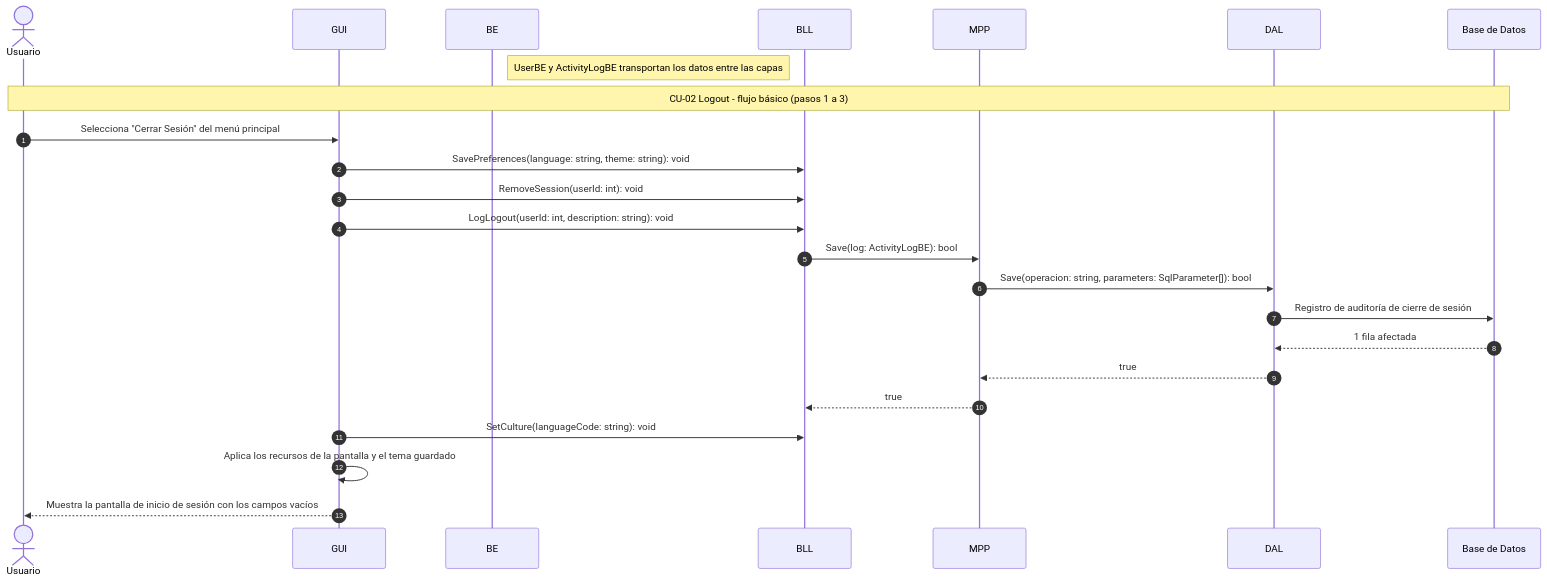
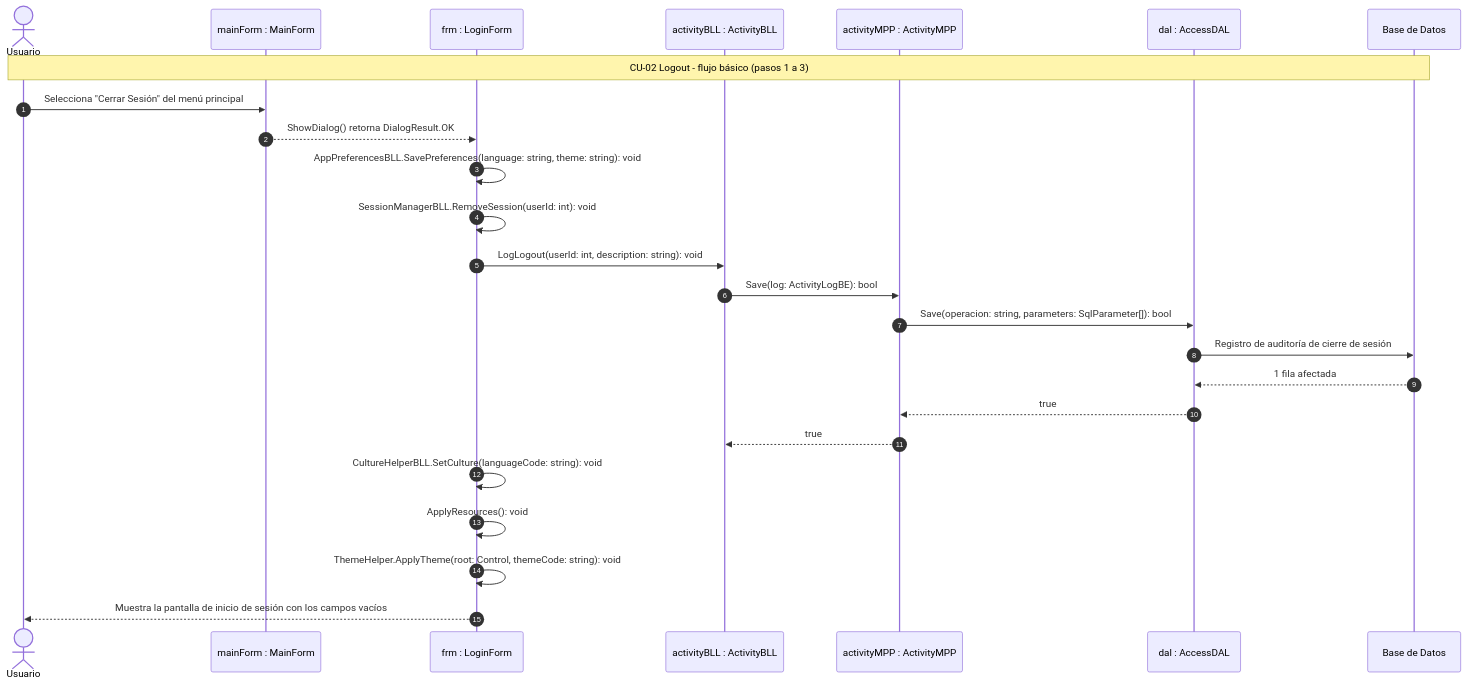
One commit to DarioZubaray/Proyecto-Final changed the diagram in docs/mermaid-live/6. diagramas-cu-login-logout/6.2.8.secuencia-logout.mmd. Above: the diagram before and after it, drawn with Mermaid. The commit also changed 15 other files, not shown here.

Commit message:
phase 3 batch S5: real-instance sequence diagrams for login, logout and register CUs

```diff
--- a/docs/mermaid-live/6. diagramas-cu-login-logout/6.2.8.secuencia-logout.mmd
+++ b/docs/mermaid-live/6. diagramas-cu-login-logout/6.2.8.secuencia-logout.mmd
@@ -1,26 +1,27 @@
 sequenceDiagram
     autonumber
     actor Usuario
-    participant GUI as GUI
-    participant BE as BE
-    participant BLL as BLL
-    participant MPP as MPP
-    participant DAL as DAL
-    participant BD as Base de Datos
+    participant mainForm as mainForm : MainForm
+    participant frm as frm : LoginForm
+    participant activityBLL as activityBLL : ActivityBLL
+    participant activityMPP as activityMPP : ActivityMPP
+    participant dal as dal : AccessDAL
+    participant bd as Base de Datos
 
-    Note right of BE: UserBE y ActivityLogBE transportan los datos entre las capas
-    Note over Usuario,BD: CU-02 Logout - flujo básico (pasos 1 a 3)
+    Note over Usuario,bd: CU-02 Logout - flujo básico (pasos 1 a 3)
 
-    Usuario->>GUI: Selecciona "Cerrar Sesión" del menú principal
-    GUI->>BLL: SavePreferences(language: string, theme: string): void
-    GUI->>BLL: RemoveSession(userId: int): void
-    GUI->>BLL: LogLogout(userId: int, description: string): void
-    BLL->>MPP: Save(log: ActivityLogBE): bool
-    MPP->>DAL: Save(operacion: string, parameters: SqlParameter[]): bool
-    DAL->>BD: Registro de auditoría de cierre de sesión
-    BD-->>DAL: 1 fila afectada
-    DAL-->>MPP: true
-    MPP-->>BLL: true
-    GUI->>BLL: SetCulture(languageCode: string): void
-    GUI->>GUI: Aplica los recursos de la pantalla y el tema guardado
-    GUI-->>Usuario: Muestra la pantalla de inicio de sesión con los campos vacíos
+    Usuario->>mainForm: Selecciona "Cerrar Sesión" del menú principal
+    mainForm-->>frm: ShowDialog() retorna DialogResult.OK
+    frm->>frm: AppPreferencesBLL.SavePreferences(language: string, theme: string): void
+    frm->>frm: SessionManagerBLL.RemoveSession(userId: int): void
+    frm->>activityBLL: LogLogout(userId: int, description: string): void
+    activityBLL->>activityMPP: Save(log: ActivityLogBE): bool
+    activityMPP->>dal: Save(operacion: string, parameters: SqlParameter[]): bool
+    dal->>bd: Registro de auditoría de cierre de sesión
+    bd-->>dal: 1 fila afectada
+    dal-->>activityMPP: true
+    activityMPP-->>activityBLL: true
+    frm->>frm: CultureHelperBLL.SetCulture(languageCode: string): void
+    frm->>frm: ApplyResources(): void
+    frm->>frm: ThemeHelper.ApplyTheme(root: Control, themeCode: string): void
+    frm-->>Usuario: Muestra la pantalla de inicio de sesión con los campos vacíos
```
